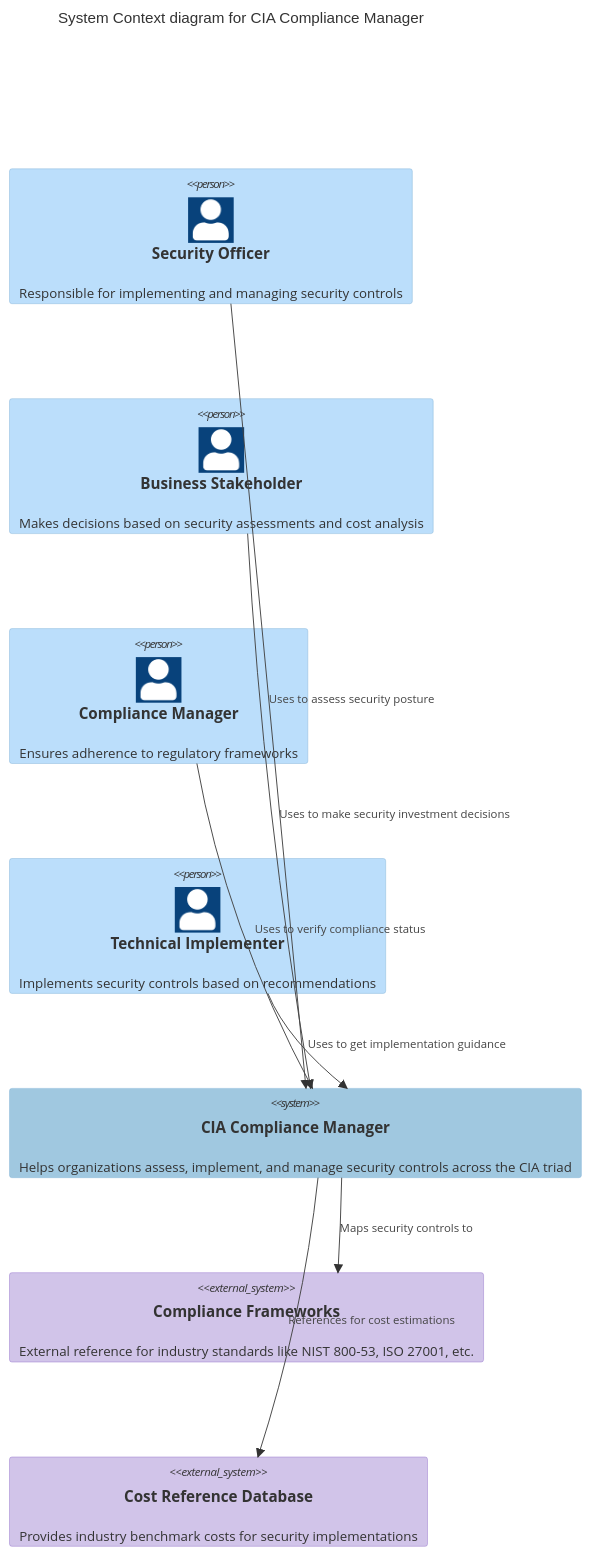
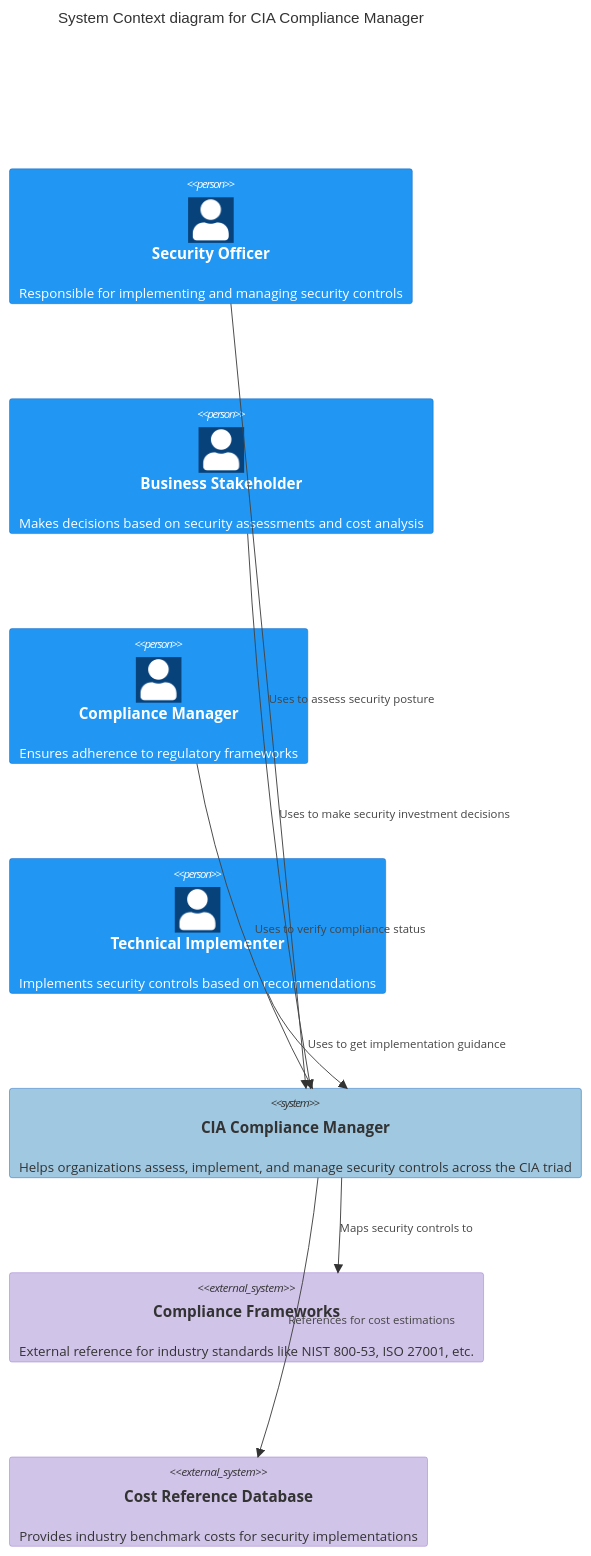
Before and after one commit to step-security-bot/cia-compliance-manager: the second of 3 diagrams in README.md, drawn with Mermaid. The commit also changed 27 other files, not shown here.

First line of the commit message:
fix: resolve broken mermaid diagrams and improve color coding to match ISMS style guide (#1106)

````diff
--- a/README.md
+++ b/README.md
@@ -751,33 +751,33 @@
 ```mermaid
 C4Context
   title System Context diagram for CIA Compliance Manager
 
   Person(securityOfficer, "Security Officer", "Responsible for implementing and managing security controls")
   Person(businessStakeholder, "Business Stakeholder", "Makes decisions based on security assessments and cost analysis")
   Person(complianceManager, "Compliance Manager", "Ensures adherence to regulatory frameworks")
   Person(technicalImplementer, "Technical Implementer", "Implements security controls based on recommendations")
 
   System(ciaCM, "CIA Compliance Manager", "Helps organizations assess, implement, and manage security controls across the CIA triad")
 
   System_Ext(complianceFrameworks, "Compliance Frameworks", "External reference for industry standards like NIST 800-53, ISO 27001, etc.")
   System_Ext(costDatabase, "Cost Reference Database", "Provides industry benchmark costs for security implementations")
 
   Rel(securityOfficer, ciaCM, "Uses to assess security posture")
   Rel(businessStakeholder, ciaCM, "Uses to make security investment decisions")
   Rel(complianceManager, ciaCM, "Uses to verify compliance status")
   Rel(technicalImplementer, ciaCM, "Uses to get implementation guidance")
 
   Rel(ciaCM, complianceFrameworks, "Maps security controls to")
   Rel(ciaCM, costDatabase, "References for cost estimations")
 
   UpdateLayoutConfig($c4ShapeInRow="3", $c4BoundaryInRow="1")
   
-  UpdateElementStyle(securityOfficer, $fontColor="#333333", $bgColor="#bbdefb", $borderColor="#86b5d9")
-  UpdateElementStyle(businessStakeholder, $fontColor="#333333", $bgColor="#bbdefb", $borderColor="#86b5d9")
-  UpdateElementStyle(complianceManager, $fontColor="#333333", $bgColor="#bbdefb", $borderColor="#86b5d9")
-  UpdateElementStyle(technicalImplementer, $fontColor="#333333", $bgColor="#bbdefb", $borderColor="#86b5d9")
+  UpdateElementStyle(securityOfficer, $fontColor="#ffffff", $bgColor="#2196F3", $borderColor="#1565C0")
+  UpdateElementStyle(businessStakeholder, $fontColor="#ffffff", $bgColor="#2196F3", $borderColor="#1565C0")
+  UpdateElementStyle(complianceManager, $fontColor="#ffffff", $bgColor="#2196F3", $borderColor="#1565C0")
+  UpdateElementStyle(technicalImplementer, $fontColor="#ffffff", $bgColor="#2196F3", $borderColor="#1565C0")
 
-  UpdateElementStyle(ciaCM, $fontColor="#333333", $bgColor="#a0c8e0", $borderColor="#86b5d9")
+  UpdateElementStyle(ciaCM, $fontColor="#333333", $bgColor="#a0c8e0", $borderColor="#1565C0")
   UpdateElementStyle(complianceFrameworks, $fontColor="#333333", $bgColor="#d1c4e9", $borderColor="#9575cd")
   UpdateElementStyle(costDatabase, $fontColor="#333333", $bgColor="#d1c4e9", $borderColor="#9575cd")
 ```
````
